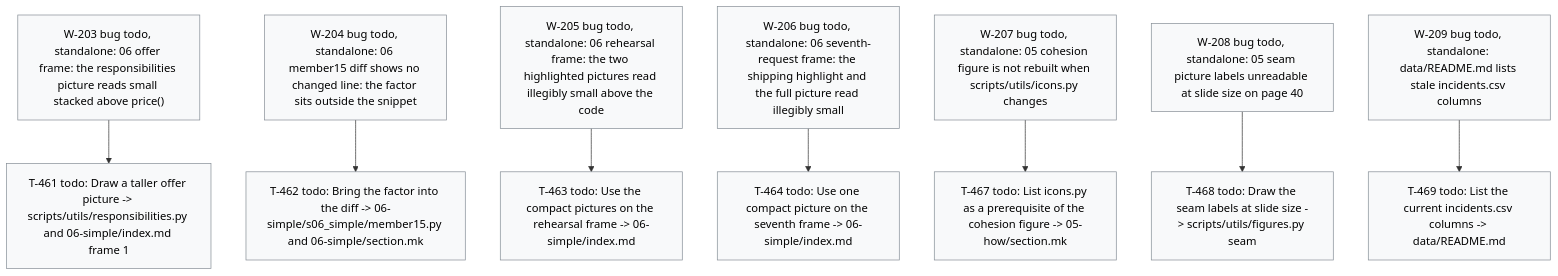
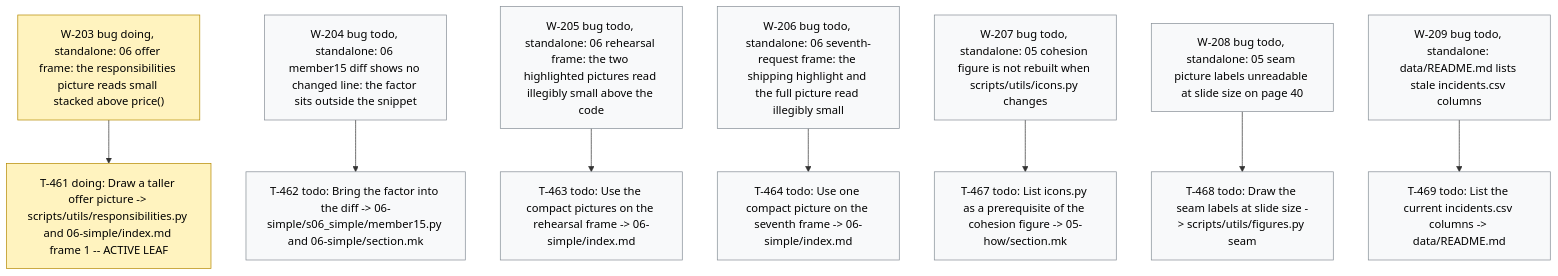
Before and after one commit to dpopchev/chaos-to-simple: the diagram in .board/BOARD.md, drawn with Mermaid. The commit also changed other lines of this file and 2 other files, not shown here.

Commit message:
chore(board): activate W-203, start T-461
Refs: W-203 T-461

````diff
--- a/.board/BOARD.md
+++ b/.board/BOARD.md
@@ -1202,23 +1202,24 @@
 ```mermaid
 flowchart TD
-  W203["W-203 bug todo, standalone: 06 offer frame: the responsibilities picture reads small stacked above price()"]
-  W203 --> T461["T-461 todo: Draw a taller offer picture -> scripts/utils/responsibilities.py and 06-simple/index.md frame 1"]
+  W203["W-203 bug doing, standalone: 06 offer frame: the responsibilities picture reads small stacked above price()"]
+  W203 --> T461["T-461 doing: Draw a taller offer picture -> scripts/utils/responsibilities.py and 06-simple/index.md frame 1 -- ACTIVE LEAF"]
   W204["W-204 bug todo, standalone: 06 member15 diff shows no changed line: the factor sits outside the snippet"]
   W204 --> T462["T-462 todo: Bring the factor into the diff -> 06-simple/s06_simple/member15.py and 06-simple/section.mk"]
   W205["W-205 bug todo, standalone: 06 rehearsal frame: the two highlighted pictures read illegibly small above the code"]
   W205 --> T463["T-463 todo: Use the compact pictures on the rehearsal frame -> 06-simple/index.md"]
   W206["W-206 bug todo, standalone: 06 seventh-request frame: the shipping highlight and the full picture read illegibly small"]
   W206 --> T464["T-464 todo: Use one compact picture on the seventh frame -> 06-simple/index.md"]
   W207["W-207 bug todo, standalone: 05 cohesion figure is not rebuilt when scripts/utils/icons.py changes"]
   W207 --> T467["T-467 todo: List icons.py as a prerequisite of the cohesion figure -> 05-how/section.mk"]
   W208["W-208 bug todo, standalone: 05 seam picture labels unreadable at slide size on page 40"]
   W208 --> T468["T-468 todo: Draw the seam labels at slide size -> scripts/utils/figures.py seam"]
   W209["W-209 bug todo, standalone: data/README.md lists stale incidents.csv columns"]
   W209 --> T469["T-469 todo: List the current incidents.csv columns -> data/README.md"]
   classDef doing fill:#fff3bf,stroke:#b58900,color:#000;
   classDef blocked fill:#ffe3e3,stroke:#c92a2a,color:#000;
   classDef done fill:#e6ffed,stroke:#2b8a3e,color:#000;
   classDef todo fill:#f8f9fa,stroke:#868e96,color:#000;
   classDef pruned fill:#f1f3f5,stroke:#adb5bd,color:#000;
-  class W203,T461,W204,T462,W205,T463,W206,T464,W207,T467,W208,T468,W209,T469 todo
+  class W203,T461 doing
+  class W204,T462,W205,T463,W206,T464,W207,T467,W208,T468,W209,T469 todo
 ```
````
